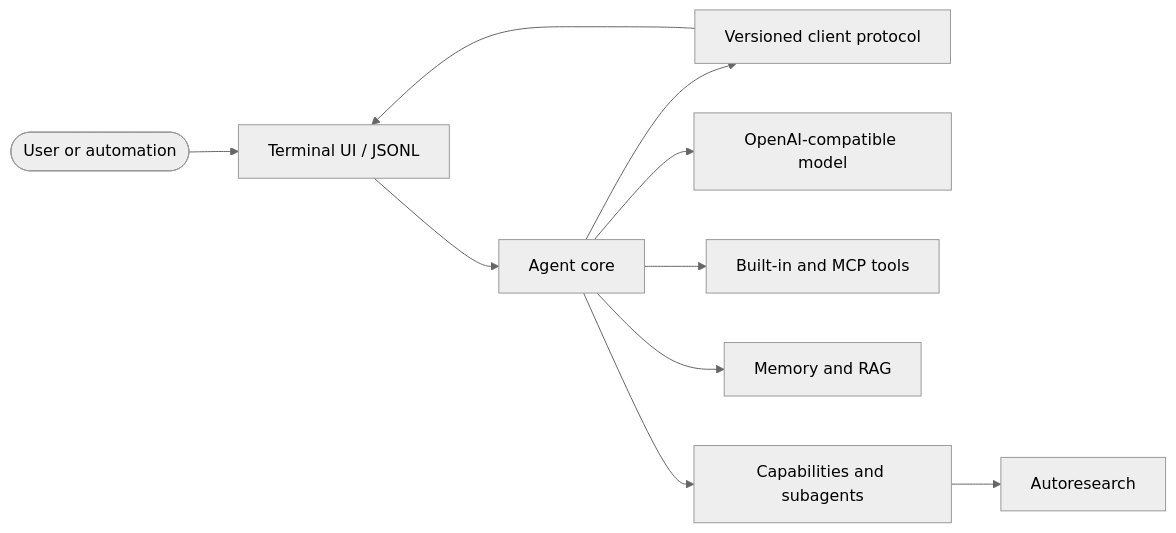
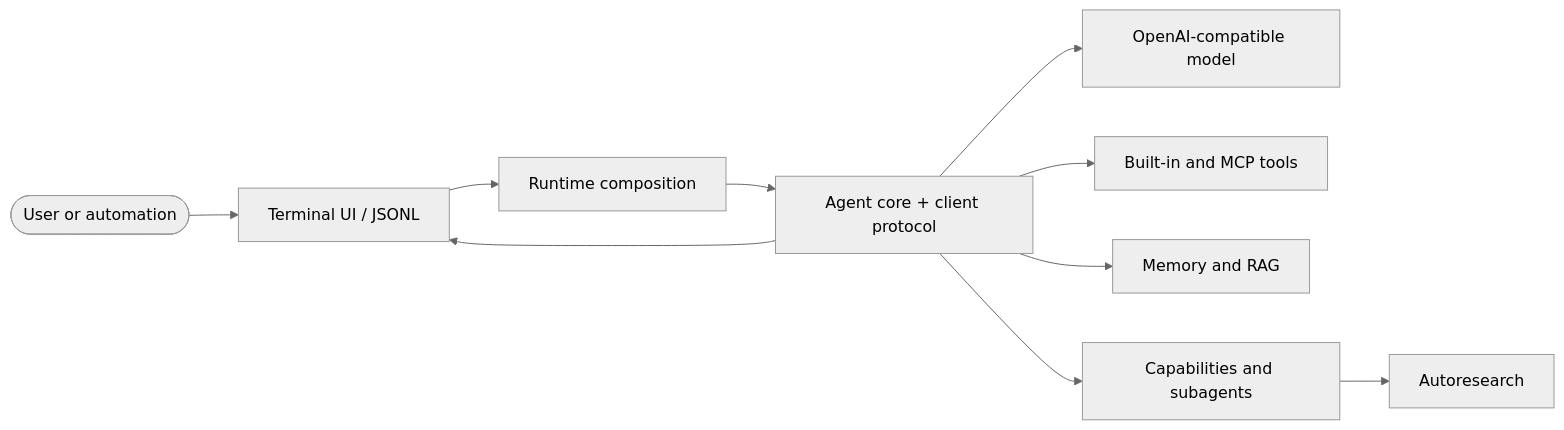
The diagram in README.md (lseman/logician), drawn with Mermaid (neutral theme) before and after one commit. The commit also changed other lines of this file and 37 other files, not shown here.

````diff
--- a/README.md
+++ b/README.md
@@ -162,12 +174,12 @@
 ```mermaid
 flowchart LR
     User([User or automation]) --> TUI[Terminal UI / JSONL]
-    TUI --> Core[Agent core]
-    Core --> Protocol[Versioned client protocol]
-    Protocol --> TUI
+    TUI --> Runtime[Runtime composition]
+    Runtime --> Core[Agent core + client protocol]
+    Core --> TUI
     Core --> Model[OpenAI-compatible model]
     Core --> Tools[Built-in and MCP tools]
     Core --> Memory[Memory and RAG]
     Core --> Capabilities[Capabilities and subagents]
     Capabilities --> Research[Autoresearch]
 ```
````
